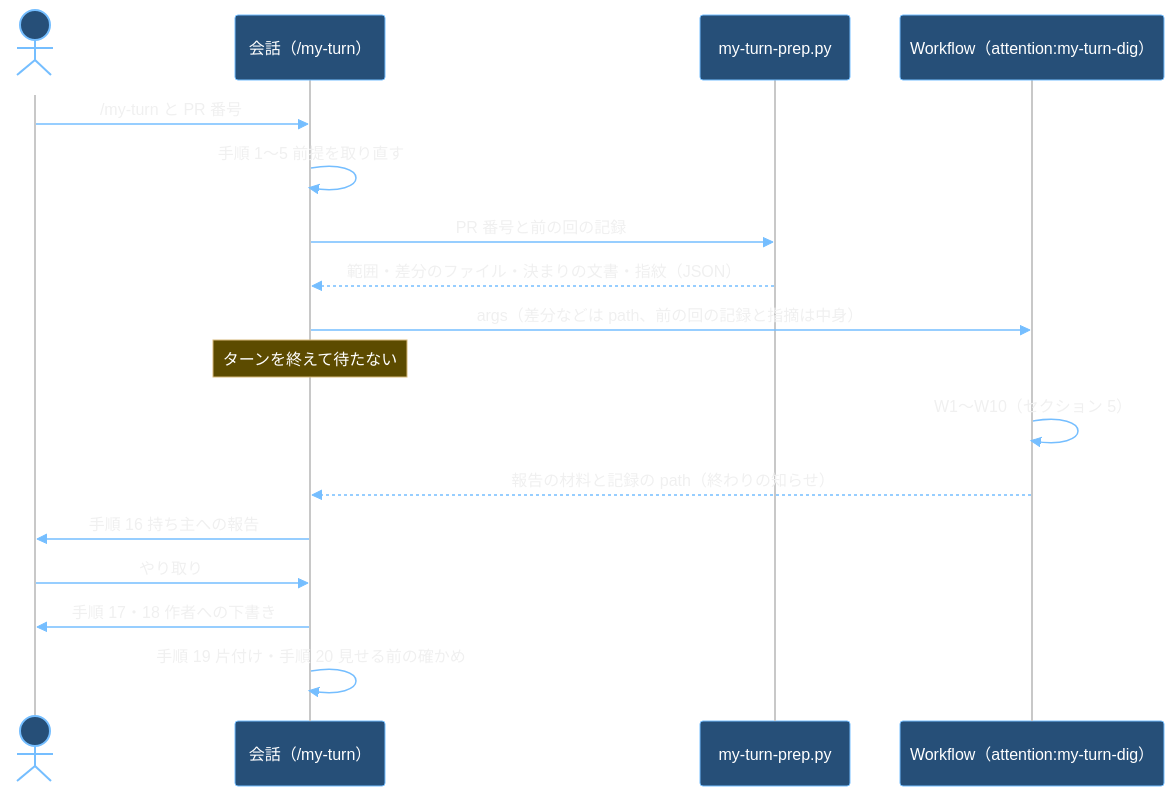
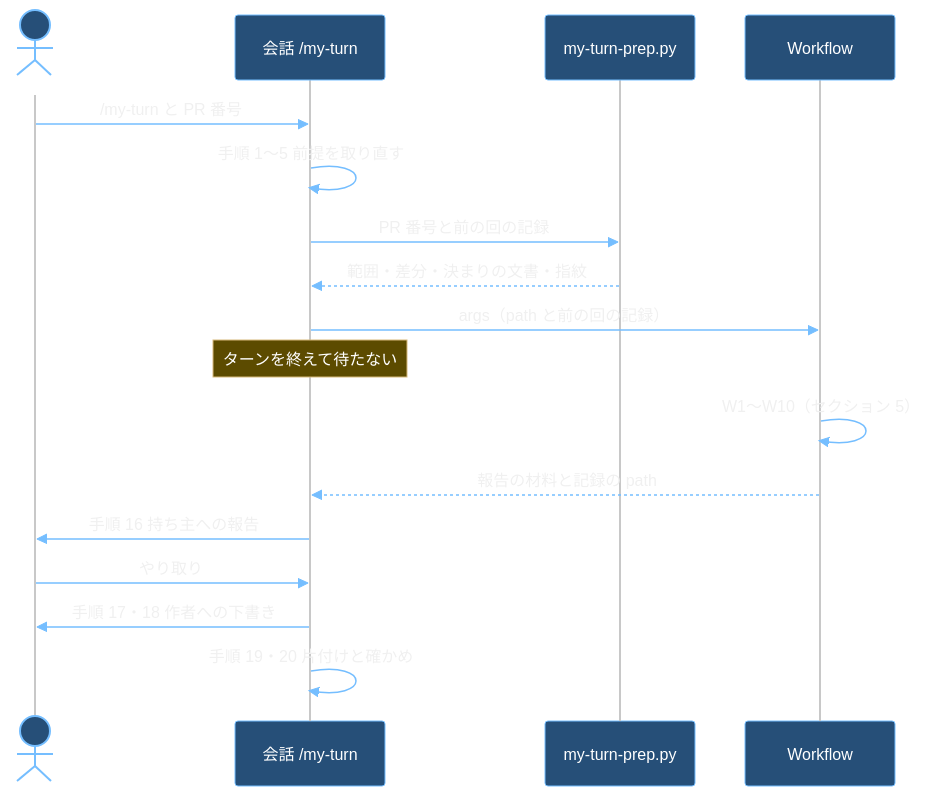
Before and after one commit to raiki61/claude-plugins: the first of 6 diagrams in attention/docs/my-turn-workflow-design.md, drawn with Mermaid. The commit also changed other lines of this file, not shown here.

Commit message:
docs(attention): 設計案の初見の読み手の指摘を直し、受け渡しと全体の流れの図をプレビューの幅で読める大きさにする（頼み dfdc52）

````diff
--- a/attention/docs/my-turn-workflow-design.md
+++ b/attention/docs/my-turn-workflow-design.md
@@ -26,20 +26,20 @@
 ```mermaid
 %%{init: {"theme":"base","themeVariables":{"darkMode":true,"background":"#1e1e1e","fontSize":"15px","primaryColor":"#264f78","primaryTextColor":"#ffffff","primaryBorderColor":"#75beff","secondaryColor":"#3a3d41","tertiaryColor":"#2d2d30","lineColor":"#75beff","textColor":"#f0f0f0","titleColor":"#ffffff","clusterBkg":"#252526","clusterBorder":"#c8c8c8","edgeLabelBackground":"#3c3c3c","nodeTextColor":"#ffffff","actorBkg":"#264f78","actorBorder":"#75beff","actorTextColor":"#ffffff","actorLineColor":"#c8c8c8","signalColor":"#75beff","signalTextColor":"#f0f0f0","noteBkgColor":"#5c4b00","noteTextColor":"#ffffff","noteBorderColor":"#d7ba7d","labelBoxBkgColor":"#264f78","labelTextColor":"#ffffff","loopTextColor":"#f0f0f0","sequenceNumberColor":"#ffffff"}}}%%
 sequenceDiagram
   actor O as 持ち主
-  participant C as 会話（/my-turn）
+  participant C as 会話 /my-turn
   participant P as my-turn-prep.py
-  participant W as Workflow（attention:my-turn-dig）
+  participant W as Workflow
   O->>C: /my-turn と PR 番号
   C->>C: 手順 1〜5 前提を取り直す
   C->>P: PR 番号と前の回の記録
-  P-->>C: 範囲・差分のファイル・決まりの文書・指紋（JSON）
-  C->>W: args（差分などは path、前の回の記録と指摘は中身）
+  P-->>C: 範囲・差分・決まりの文書・指紋
+  C->>W: args（path と前の回の記録）
   Note over C: ターンを終えて待たない
   W->>W: W1〜W10（セクション 5）
-  W-->>C: 報告の材料と記録の path（終わりの知らせ）
+  W-->>C: 報告の材料と記録の path
   C->>O: 手順 16 持ち主への報告
   O->>C: やり取り
   C->>O: 手順 17・18 作者への下書き
-  C->>C: 手順 19 片付け・手順 20 見せる前の確かめ
+  C->>C: 手順 19・20 片付けと確かめ
 ```
````
